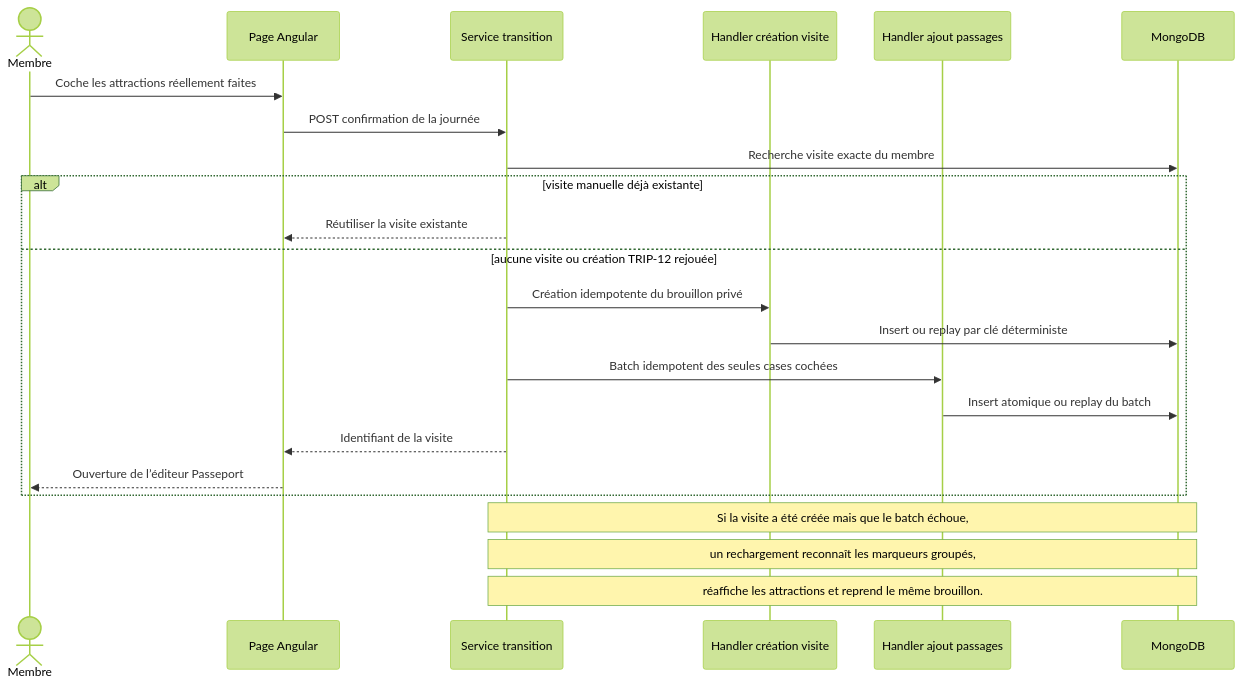
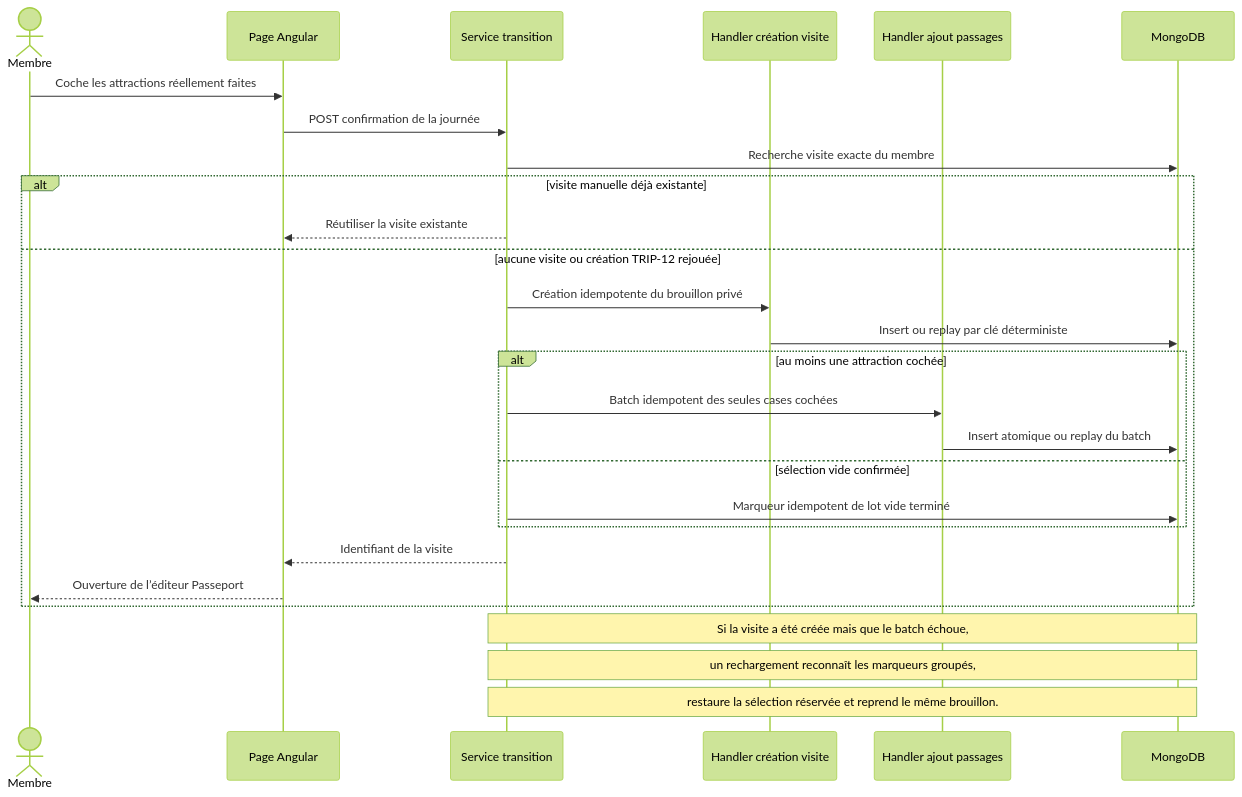
Before and after one commit to Ced59/AmusementParkProject: the fourth of 5 diagrams in docs/architecture/product-growth-trip-12-passport-transition-2026-09-25.md, drawn with Mermaid (forest theme). The commit also changed other lines of this file and 38 other files, not shown here.

````diff
--- a/docs/architecture/product-growth-trip-12-passport-transition-2026-09-25.md
+++ b/docs/architecture/product-growth-trip-12-passport-transition-2026-09-25.md
@@ -186,27 +194,31 @@
 ```mermaid
 sequenceDiagram
     actor M as Membre
     participant UI as Page Angular
     participant APP as Service transition
     participant VISIT as Handler création visite
     participant RIDE as Handler ajout passages
     participant DB as MongoDB
 
     M->>UI: Coche les attractions réellement faites
     UI->>APP: POST confirmation de la journée
     APP->>DB: Recherche visite exacte du membre
     alt visite manuelle déjà existante
       APP-->>UI: Réutiliser la visite existante
     else aucune visite ou création TRIP-12 rejouée
       APP->>VISIT: Création idempotente du brouillon privé
       VISIT->>DB: Insert ou replay par clé déterministe
-      APP->>RIDE: Batch idempotent des seules cases cochées
-      RIDE->>DB: Insert atomique ou replay du batch
+      alt au moins une attraction cochée
+        APP->>RIDE: Batch idempotent des seules cases cochées
+        RIDE->>DB: Insert atomique ou replay du batch
+      else sélection vide confirmée
+        APP->>DB: Marqueur idempotent de lot vide terminé
+      end
       APP-->>UI: Identifiant de la visite
       UI-->>M: Ouverture de l’éditeur Passeport
     end
 
     Note over APP,DB: Si la visite a été créée mais que le batch échoue,
     Note over APP,DB: un rechargement reconnaît les marqueurs groupés,
-    Note over APP,DB: réaffiche les attractions et reprend le même brouillon.
+    Note over APP,DB: restaure la sélection réservée et reprend le même brouillon.
 ```
````
